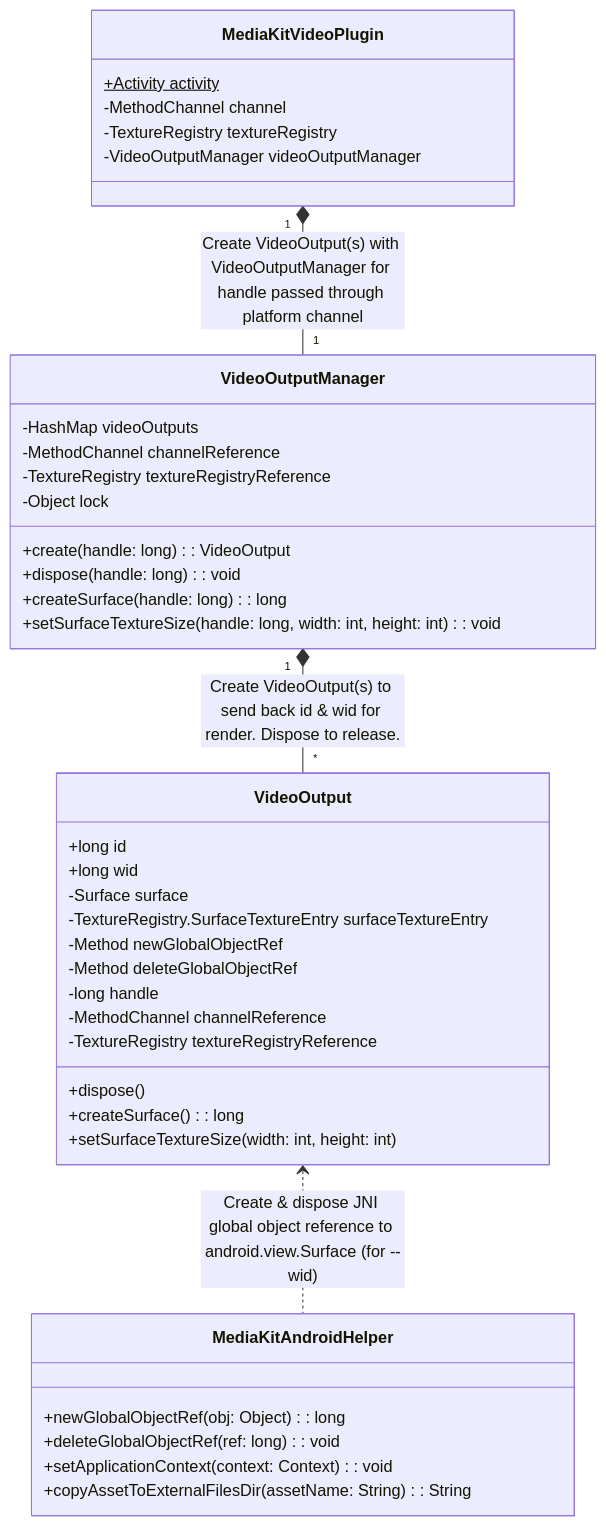
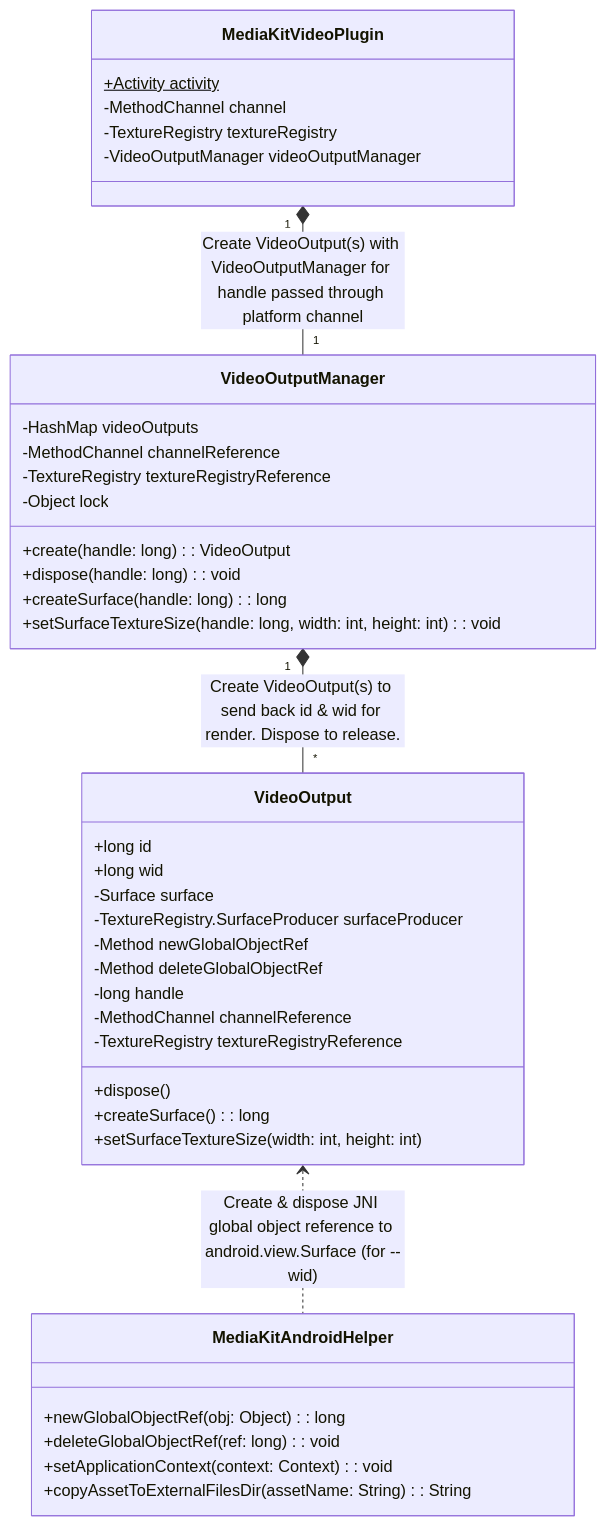
The second of 4 diagrams in README.md (media-kit/media-kit), drawn with Mermaid before and after one commit. The commit also changed 1 other file, not shown here.

Commit message:
chore: migration from SurfaceTextureEntry to SurfaceProducer

````diff
--- a/README.md
+++ b/README.md
@@ -1950,59 +1950,59 @@
 ```mermaid
 %%{
   init: {
     'themeVariables': {
       'fontFamily': 'BlinkMacSystemFont, Segoe UI, Noto Sans, Helvetica, Arial, Apple Color Emoji, Segoe UI Emoji'
     }
   }
 }%%
 classDiagram
 
   MediaKitVideoPlugin "1" *-- "1" VideoOutputManager: Create VideoOutput(s) with VideoOutputManager for handle passed through platform channel
   VideoOutputManager "1" *-- "*" VideoOutput: Create VideoOutput(s) to send back id & wid for render. Dispose to release.
   VideoOutput <.. MediaKitAndroidHelper: Create & dispose JNI global object reference to android.view.Surface (for --wid)
   
   class MediaKitVideoPlugin {
     +Activity activity$
     -MethodChannel channel
     -TextureRegistry textureRegistry
     -VideoOutputManager videoOutputManager
   }
   
   class VideoOutputManager {
     -HashMap<Long, VideoOutput> videoOutputs
     -MethodChannel channelReference
     -TextureRegistry textureRegistryReference
     -Object lock
     
     +create(handle: long): VideoOutput
     +dispose(handle: long): void
     +createSurface(handle: long): long
     +setSurfaceTextureSize(handle: long, width: int, height: int): void
   }
   
   class VideoOutput {
     +long id
     +long wid
 
     -Surface surface
-    -TextureRegistry.SurfaceTextureEntry surfaceTextureEntry
+    -TextureRegistry.SurfaceProducer surfaceProducer
     -Method newGlobalObjectRef
     -Method deleteGlobalObjectRef
 
     -long handle
     -MethodChannel channelReference
     -TextureRegistry textureRegistryReference
     
     +dispose()
     +createSurface(): long
     +setSurfaceTextureSize(width: int, height: int)
   }
   
   class MediaKitAndroidHelper {
     +newGlobalObjectRef(obj: Object): long
     +deleteGlobalObjectRef(ref: long): void
     +setApplicationContext(context: Context): void
     +copyAssetToExternalFilesDir(assetName: String): String
   }
   
 ```
````
